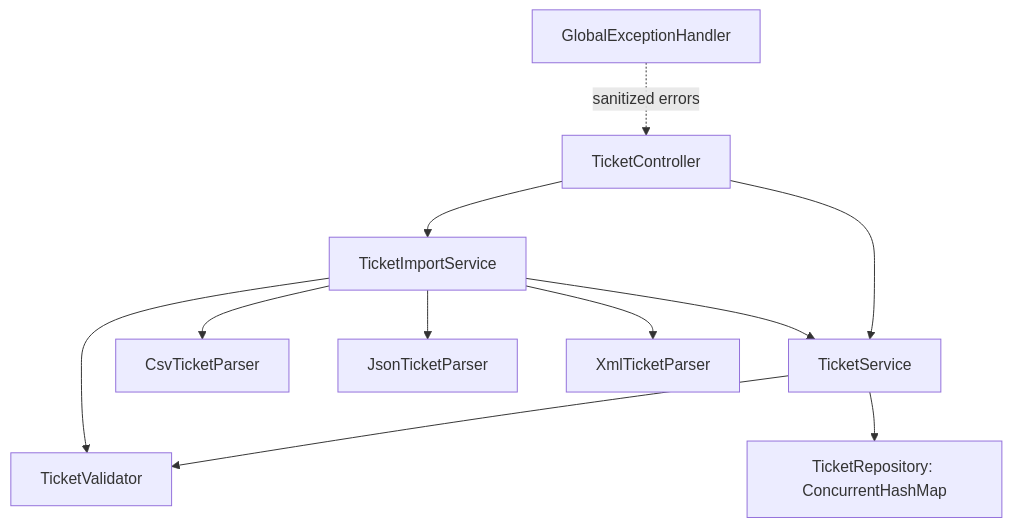
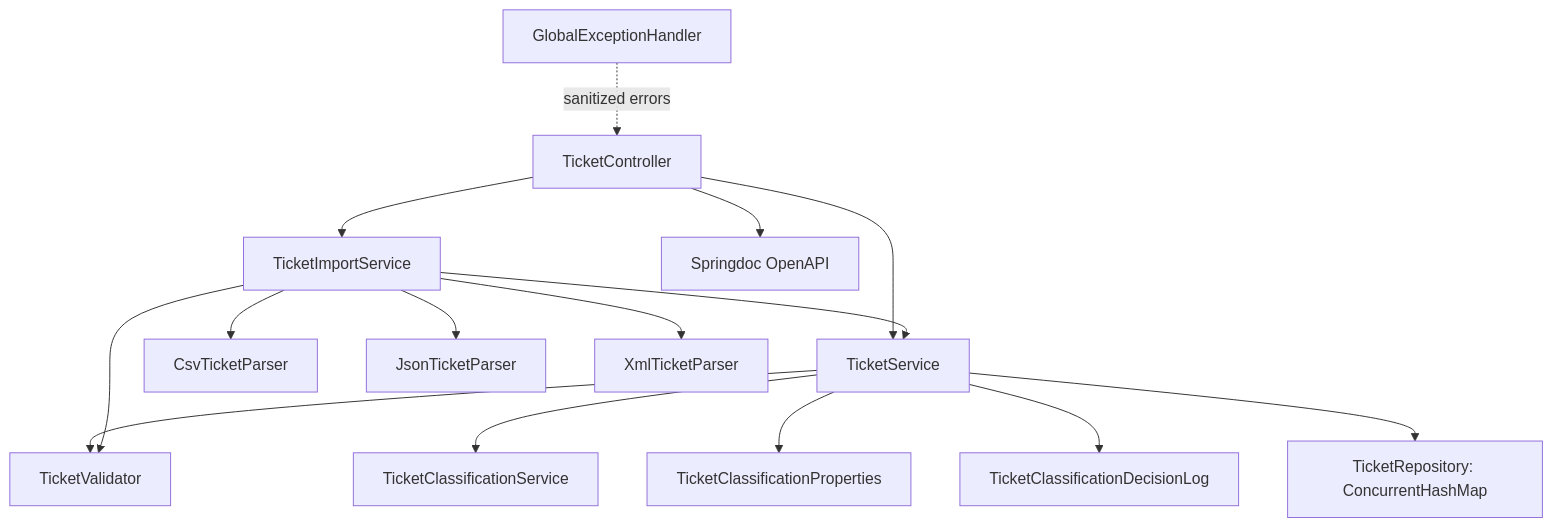
Before and after one commit to itxyzzz/gen-ai-se-hw: the first of 4 diagrams in homework-2/ARCHITECTURE.md, drawn with Mermaid. The commit also changed other lines of this file and 29 other files, not shown here.

````diff
--- a/homework-2/ARCHITECTURE.md
+++ b/homework-2/ARCHITECTURE.md
@@ -9,13 +9,17 @@
 ```mermaid
 flowchart TB
     Controller[TicketController] --> TicketService[TicketService]
     Controller --> ImportService[TicketImportService]
+    Controller --> OpenApi[Springdoc OpenAPI]
     TicketService --> Validator[TicketValidator]
+    TicketService --> Classifier[TicketClassificationService]
+    TicketService --> Properties[TicketClassificationProperties]
+    TicketService --> DecisionLog[TicketClassificationDecisionLog]
     TicketService --> Repository[TicketRepository: ConcurrentHashMap]
     ImportService --> Csv[CsvTicketParser]
     ImportService --> Json[JsonTicketParser]
     ImportService --> Xml[XmlTicketParser]
     ImportService --> Validator
     ImportService --> TicketService
     Advice[GlobalExceptionHandler] -. sanitized errors .-> Controller
 ```
````
